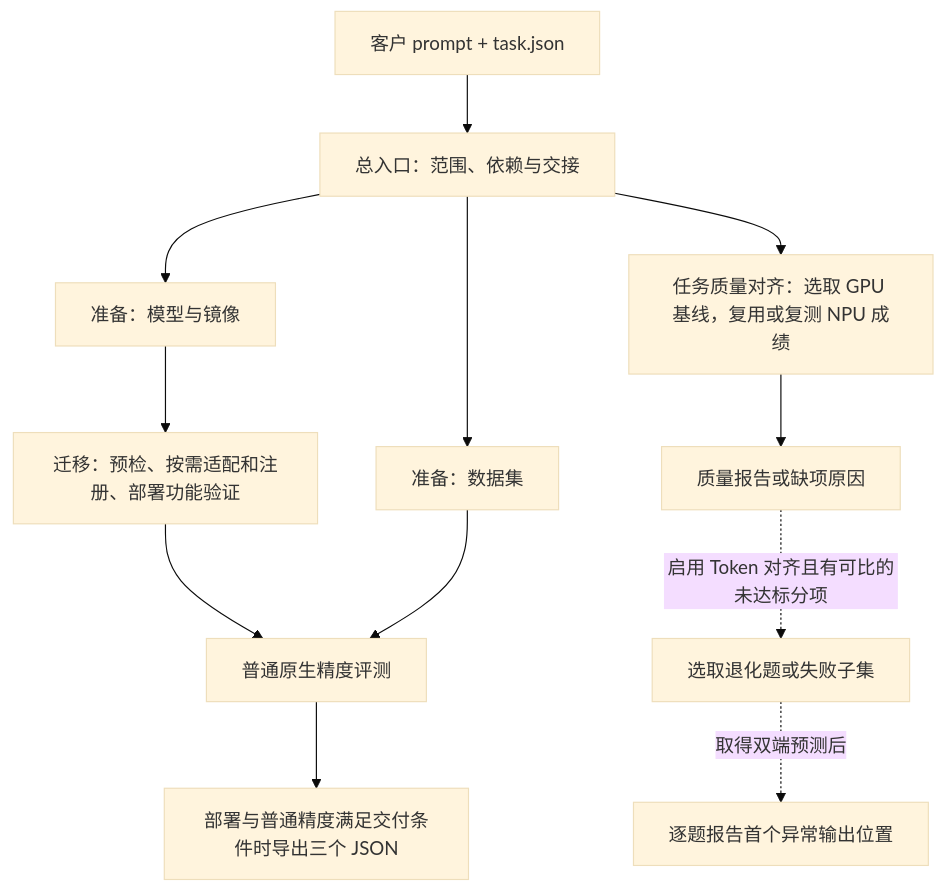
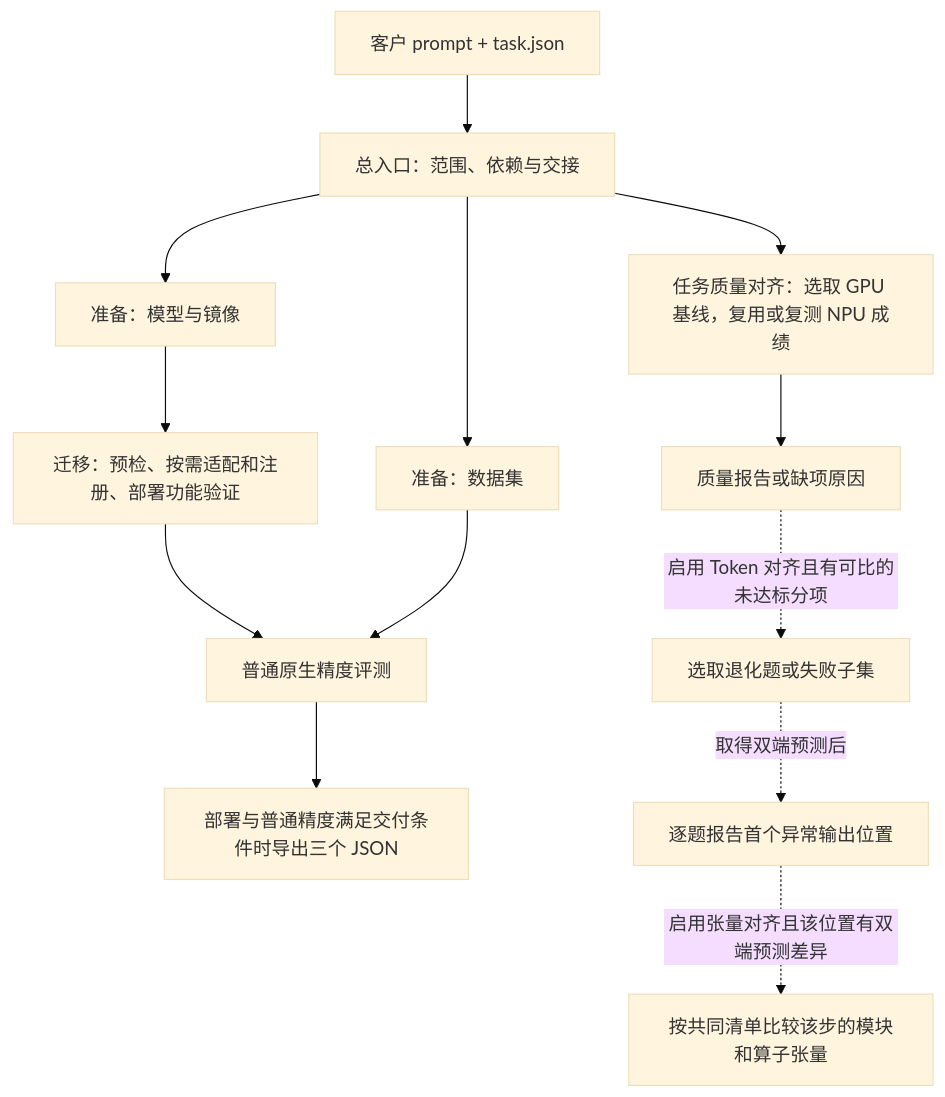
Before and after one commit to 23japhone/model-migration: the diagram in README.md, drawn with Mermaid (base theme). The commit also changed other lines of this file and 13 other files, not shown here.

````diff
--- a/README.md
+++ b/README.md
@@ -92,14 +92,15 @@
 ```mermaid
 flowchart TD
     U[客户 prompt + task.json] --> E[总入口：范围、依赖与交接]
     E --> P[准备：模型与镜像]
     E --> D[准备：数据集]
     P --> M[迁移：预检、按需适配和注册、部署功能验证]
     M --> A[普通原生精度评测]
     D --> A
     A --> H[部署与普通精度满足交付条件时导出三个 JSON]
     E --> Q[任务质量对齐：选取 GPU 基线，复用或复测 NPU 成绩]
     Q --> R[质量报告或缺项原因]
     R -. 启用 Token 对齐且有可比的未达标分项 .-> T[选取退化题或失败子集]
     T -. 取得双端预测后 .-> C[逐题报告首个异常输出位置]
+    C -. 启用张量对齐且该位置有双端预测差异 .-> X[按共同清单比较该步的模块和算子张量]
 ```
````
